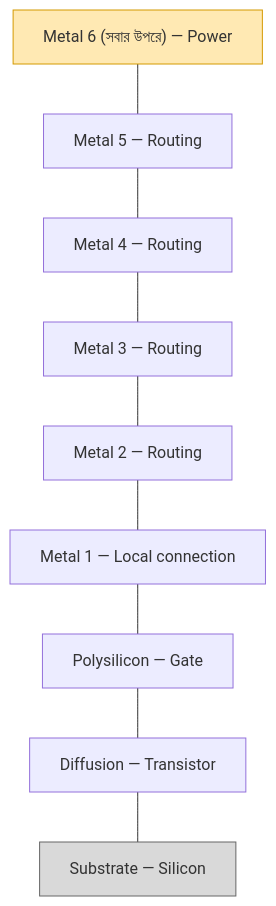
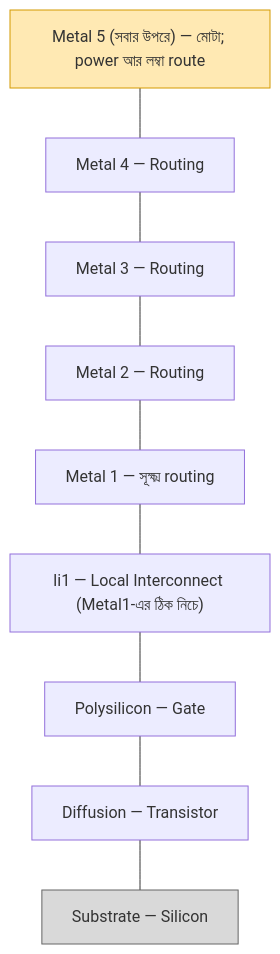
Before and after one commit to akram02/build-your-own-processor: the second of 3 diagrams in chapters/Chapter_21_VLSI_Design_Flow.md, drawn with Mermaid. The commit also changed other lines of this file and 6 other files, not shown here.

````diff
--- a/chapters/Chapter_21_VLSI_Design_Flow.md
+++ b/chapters/Chapter_21_VLSI_Design_Flow.md
@@ -285,17 +285,17 @@
 ```mermaid
 flowchart TB
-    M6["Metal 6 (সবার উপরে) — Power"]
-    M5["Metal 5 — Routing"]
+    M5["Metal 5 (সবার উপরে) — মোটা; power আর লম্বা route"]
     M4["Metal 4 — Routing"]
     M3["Metal 3 — Routing"]
     M2["Metal 2 — Routing"]
-    M1["Metal 1 — Local connection"]
+    M1["Metal 1 — সূক্ষ্ম routing"]
+    LI["li1 — Local Interconnect (Metal1-এর ঠিক নিচে)"]
     PO["Polysilicon — Gate"]
     DI["Diffusion — Transistor"]
     SU["Substrate — Silicon"]
 
-    M6 --- M5 --- M4 --- M3 --- M2 --- M1 --- PO --- DI --- SU
+    M5 --- M4 --- M3 --- M2 --- M1 --- LI --- PO --- DI --- SU
 
     style SU fill:#d9d9d9,stroke:#666
-    style M6 fill:#ffe9b3,stroke:#d49a00
+    style M5 fill:#ffe9b3,stroke:#d49a00
 ```
````
